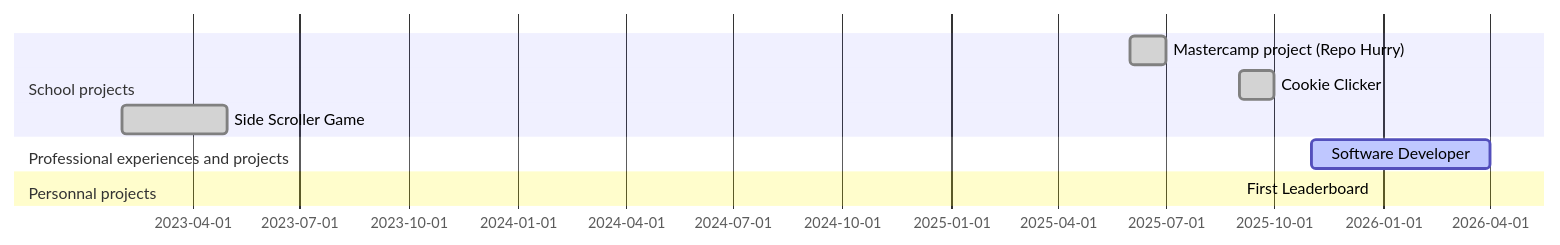
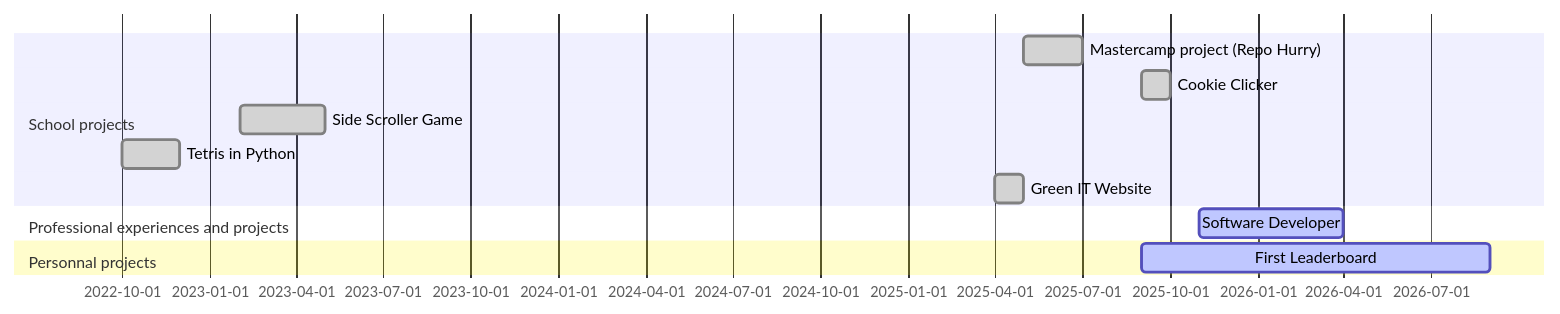
The diagram in Readme.md (Rowuni/Rowuni), drawn with Mermaid before and after one commit.

Commit message:
Updated roadmap

````diff
--- a/Readme.md
+++ b/Readme.md
@@ -192,12 +192,14 @@
 ```mermaid
 gantt
     section School projects
-    Mastercamp project (Repo Hurry)       :done, 2025-06, 2025-07
+    Mastercamp project (Repo Hurry)       :done, 2025-05, 2025-07
     Cookie Clicker         :done, 2025-09, 2025-10
     Side Scroller Game       :done, 2023-02, 2023-05
+    Tetris in Python       :done, 2022-10, 2022-12
+    Green IT Website       :done, 2025-04, 2025-05
     dateFormat  YYYY-MM
     section Professional experiences and projects
     Software Developer           :active, 2025-11, 2026-04
     section Personnal projects
-    First Leaderboard       :active, 2025-09
+    First Leaderboard       :active, 2025-09, 2026-09
 ```
````
